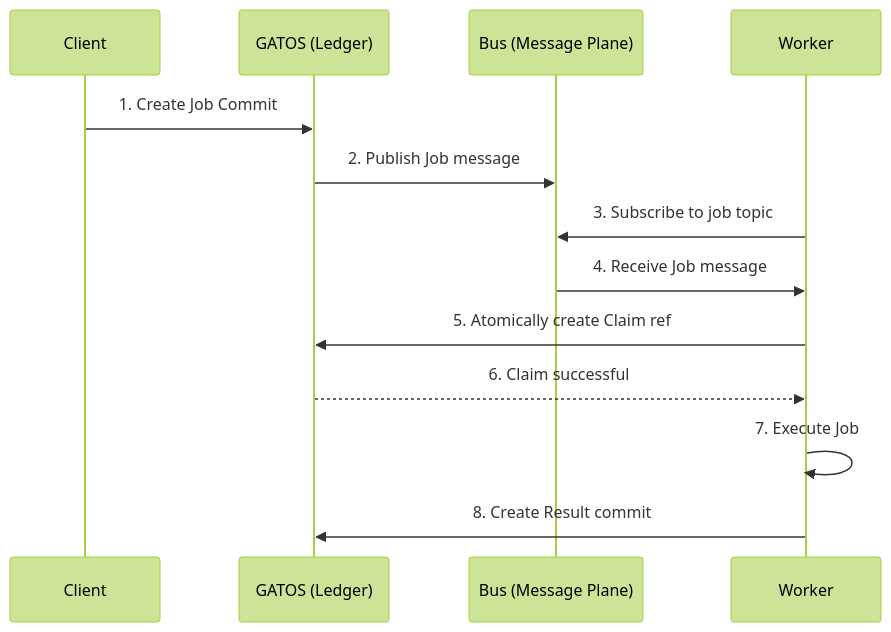
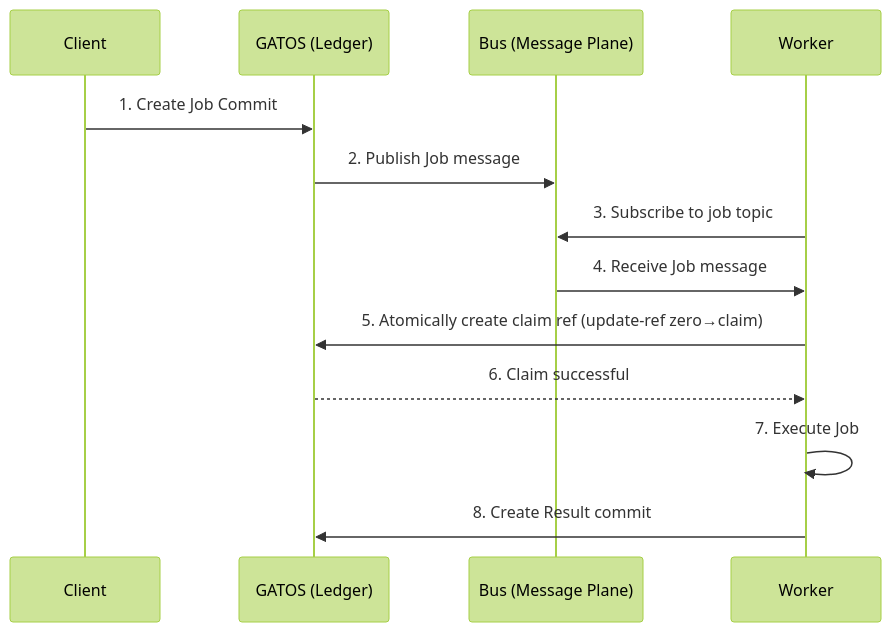
Before and after one commit to flyingrobots/gatos: diagram 15 of 16 in docs/TECH-SPEC.md, drawn with Mermaid (forest theme). The commit also changed other lines of this file and 1 other file, not shown here.

Commit message:
docs(spec,tech-spec): adopt DAG-CBOR + Event-CID; at-least-once bus semantics; single job claim lock ref; opaque pointer privacy note; JSONL error/keepalive frames

````diff
--- a/docs/TECH-SPEC.md
+++ b/docs/TECH-SPEC.md
@@ -351,16 +359,16 @@
 ```mermaid
 sequenceDiagram
     participant Client
     participant GATOS (Ledger)
     participant Bus (Message Plane)
     participant Worker
 
     Client->>GATOS (Ledger): 1. Create Job Commit
     GATOS (Ledger)->>Bus (Message Plane): 2. Publish Job message
     Worker->>Bus (Message Plane): 3. Subscribe to job topic
     Bus (Message Plane)->>Worker: 4. Receive Job message
-    Worker->>GATOS (Ledger): 5. Atomically create Claim ref
+    Worker->>GATOS (Ledger): 5. Atomically create claim ref (update-ref zero→claim)
     GATOS (Ledger)-->>Worker: 6. Claim successful
     Worker->>Worker: 7. Execute Job
     Worker->>GATOS (Ledger): 8. Create Result commit
 ```
````
